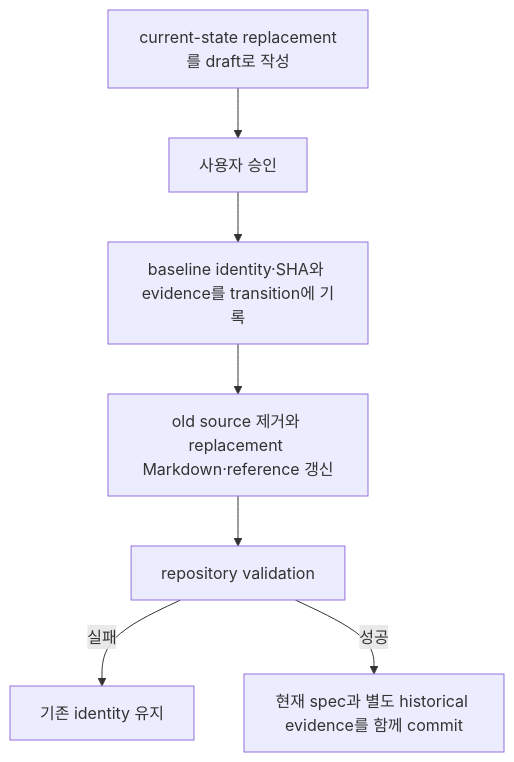
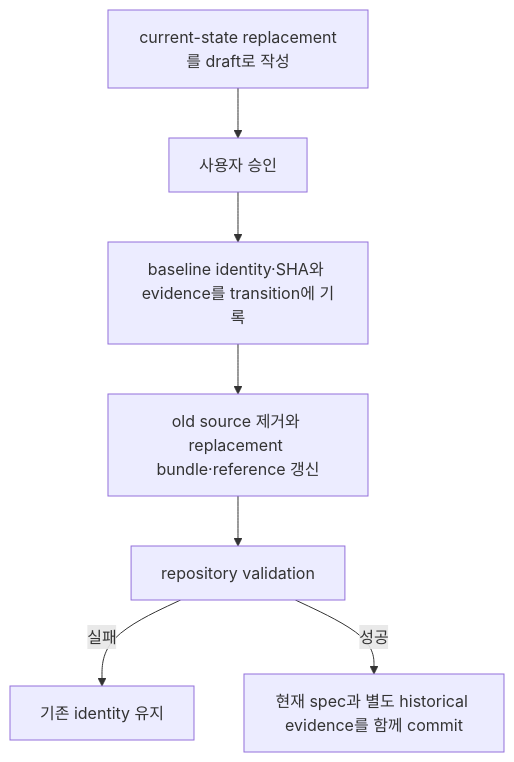
One commit to hope1026/aiagent-plugins changed the fourth of 4 diagrams in docs/specs/008-structured-spec-pages/spec.md. Above: the diagram before and after it, drawn with Mermaid. The commit also changed other lines of this file and 4 other files, not shown here.

````diff
--- a/docs/specs/008-structured-spec-pages/spec.md
+++ b/docs/specs/008-structured-spec-pages/spec.md
@@ -144,9 +152,9 @@
 ```mermaid
 flowchart TD
     A["current-state replacement를 draft로 작성"] --> B["사용자 승인"]
     B --> C["baseline identity·SHA와 evidence를 transition에 기록"]
-    C --> D["old source 제거와 replacement Markdown·reference 갱신"]
+    C --> D["old source 제거와 replacement bundle·reference 갱신"]
     D --> E["repository validation"]
     E -->|실패| F["기존 identity 유지"]
     E -->|성공| G["현재 spec과 별도 historical evidence를 함께 commit"]
 ```
````
